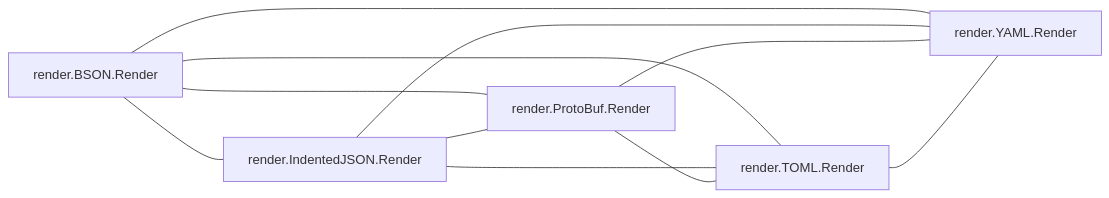
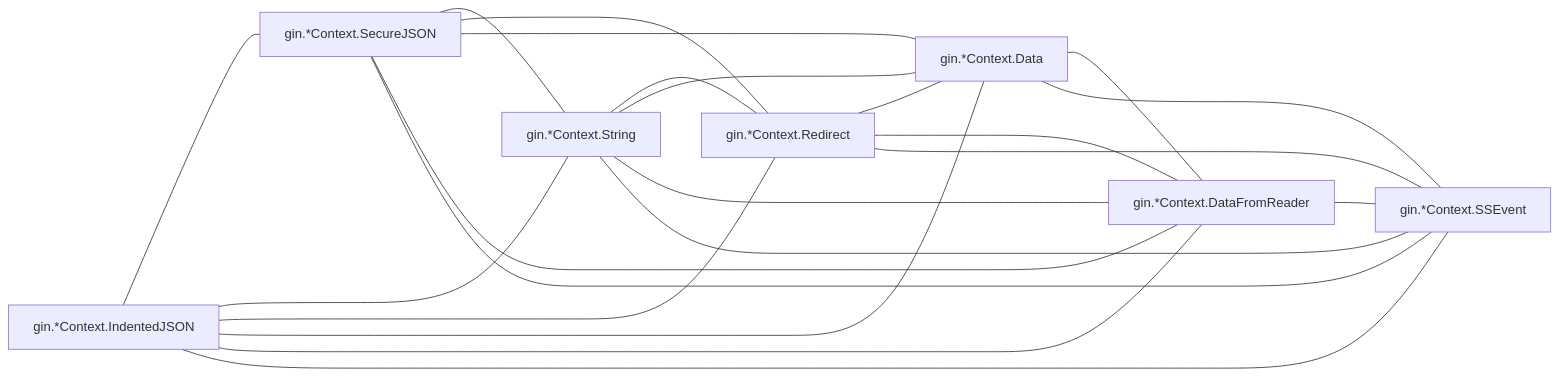
The ninth of 9 diagrams in examples/gin.md (LukasSelin/doppel), drawn with Mermaid before and after one commit. The commit also changed other lines of this file and 6 other files, not shown here.

````diff
--- a/examples/gin.md
+++ b/examples/gin.md
@@ -945,18 +1005,31 @@
 ```mermaid
 flowchart LR
-    m0["render.BSON.Render"]
-    m1["render.IndentedJSON.Render"]
-    m2["render.ProtoBuf.Render"]
-    m3["render.TOML.Render"]
-    m4["render.YAML.Render"]
+    m0["gin.*Context.IndentedJSON"]
+    m1["gin.*Context.SecureJSON"]
+    m2["gin.*Context.String"]
+    m3["gin.*Context.Redirect"]
+    m4["gin.*Context.Data"]
+    m5["gin.*Context.DataFromReader"]
+    m6["gin.*Context.SSEvent"]
     m0 --- m1
     m0 --- m2
     m0 --- m3
     m0 --- m4
+    m0 --- m5
+    m0 --- m6
     m1 --- m2
     m1 --- m3
     m1 --- m4
+    m1 --- m5
+    m1 --- m6
     m2 --- m3
     m2 --- m4
+    m2 --- m5
+    m2 --- m6
     m3 --- m4
+    m3 --- m5
+    m3 --- m6
+    m4 --- m5
+    m4 --- m6
+    m5 --- m6
 ```
````
